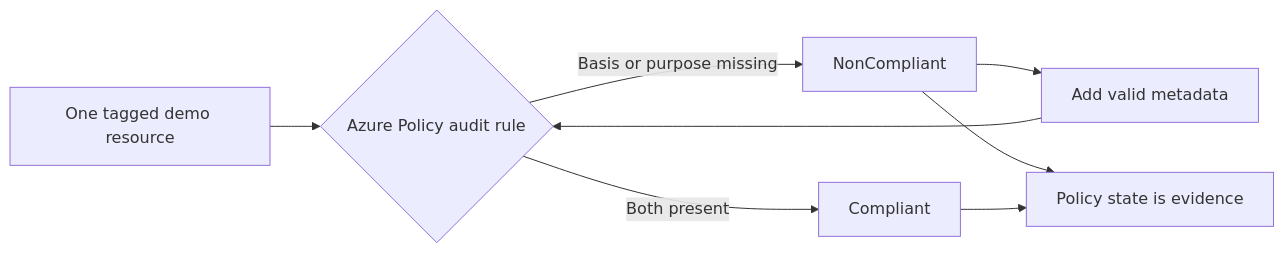
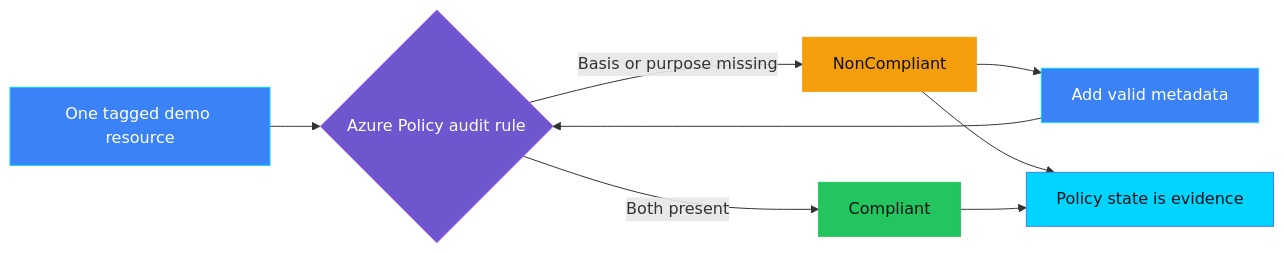
The first of 2 diagrams in controls/privacy/PRI-PRE-002_lawful_basis_or_purpose_missing/README.md (doruit/forged-with-foundry), drawn with Mermaid before and after one commit. The commit also changed other lines of this file and 8 other files, not shown here.

````diff
--- a/controls/privacy/PRI-PRE-002_lawful_basis_or_purpose_missing/README.md
+++ b/controls/privacy/PRI-PRE-002_lawful_basis_or_purpose_missing/README.md
@@ -91,10 +98,23 @@
 ```mermaid
 flowchart LR
   R[One tagged demo resource] --> P{Azure Policy audit rule}
   P -->|Basis or purpose missing| N[NonCompliant]
   N --> M[Add valid metadata]
   M --> P
   P -->|Both present| C[Compliant]
   N --> E[Policy state is evidence]
   C --> E
+
+  classDef governance fill:#6E56CF,stroke:#A855F7,color:#FFFFFF
+  classDef platform fill:#3B82F6,stroke:#00D4FF,color:#FFFFFF
+  classDef evidence fill:#00D4FF,stroke:#3B82F6,color:#0D1117
+  classDef intelligence fill:#A855F7,stroke:#6E56CF,color:#FFFFFF
+  classDef neutral fill:#1F2937,stroke:#6E56CF,color:#FFFFFF
+  classDef success fill:#22C55E,stroke:#22C55E,color:#0D1117
+  classDef attention fill:#F59E0B,stroke:#F59E0B,color:#0D1117
+  class R,M platform
+  class P governance
+  class N attention
+  class C success
+  class E evidence
 ```
````
